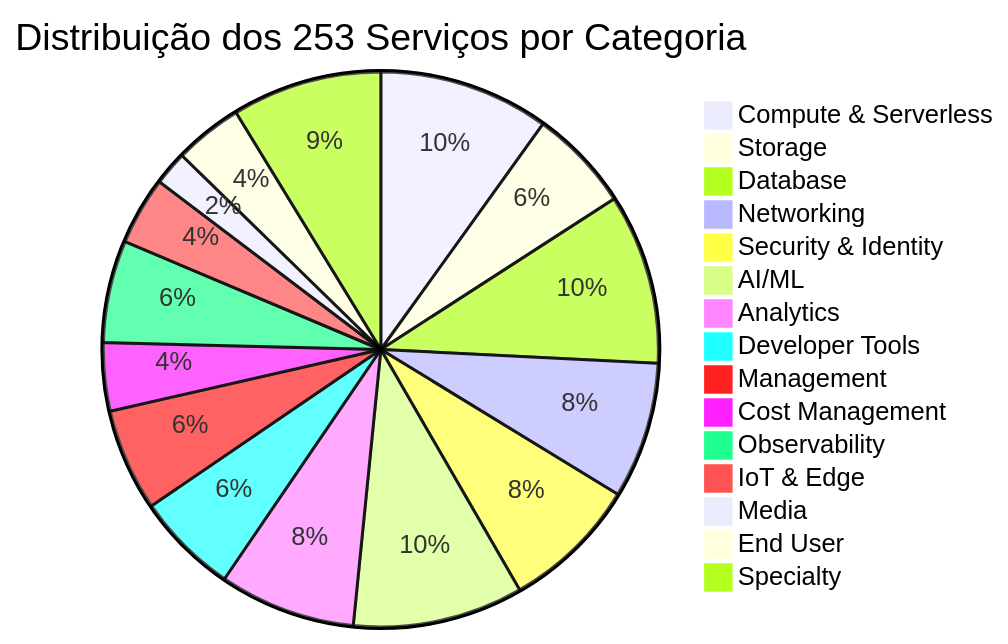
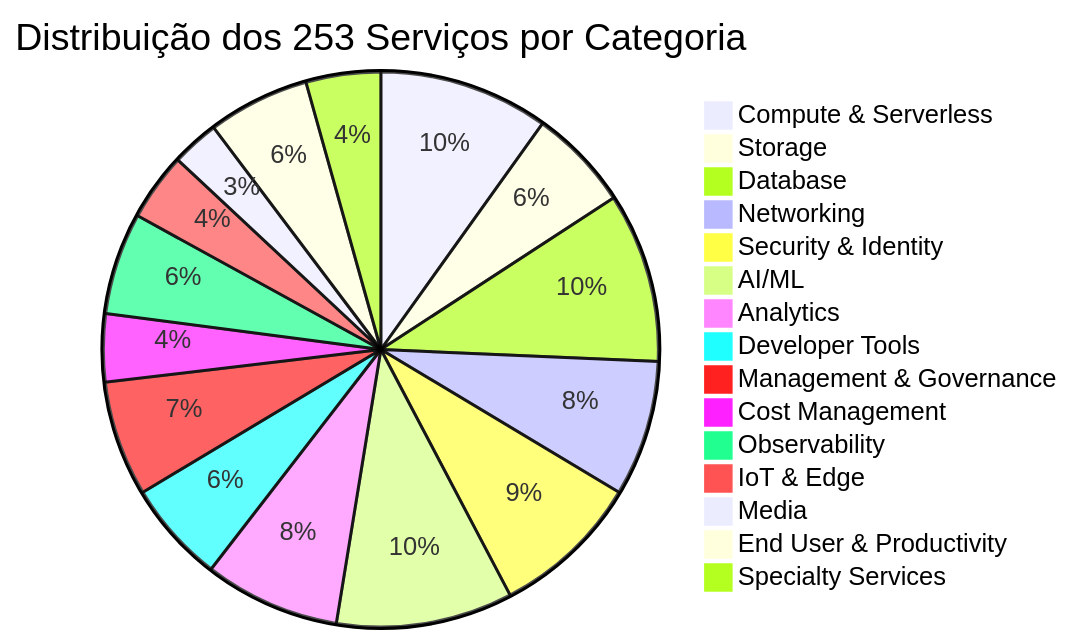
The seventh of 13 diagrams in docs/FUNCTIONAL_GUIDE.md (FELIPEACASTRO/finops-aws-bdr), drawn with Mermaid before and after one commit. The commit also changed other lines of this file and 6 other files, not shown here.

````diff
--- a/docs/FUNCTIONAL_GUIDE.md
+++ b/docs/FUNCTIONAL_GUIDE.md
@@ -208,18 +566,18 @@
 ```mermaid
 pie title Distribuição dos 253 Serviços por Categoria
     "Compute & Serverless" : 25
     "Storage" : 15
     "Database" : 25
     "Networking" : 20
-    "Security & Identity" : 20
-    "AI/ML" : 25
+    "Security & Identity" : 22
+    "AI/ML" : 26
     "Analytics" : 20
     "Developer Tools" : 15
-    "Management" : 15
+    "Management & Governance" : 17
     "Cost Management" : 10
     "Observability" : 15
     "IoT & Edge" : 10
-    "Media" : 5
-    "End User" : 10
-    "Specialty" : 22
+    "Media" : 7
+    "End User & Productivity" : 15
+    "Specialty Services" : 11
 ```
````
